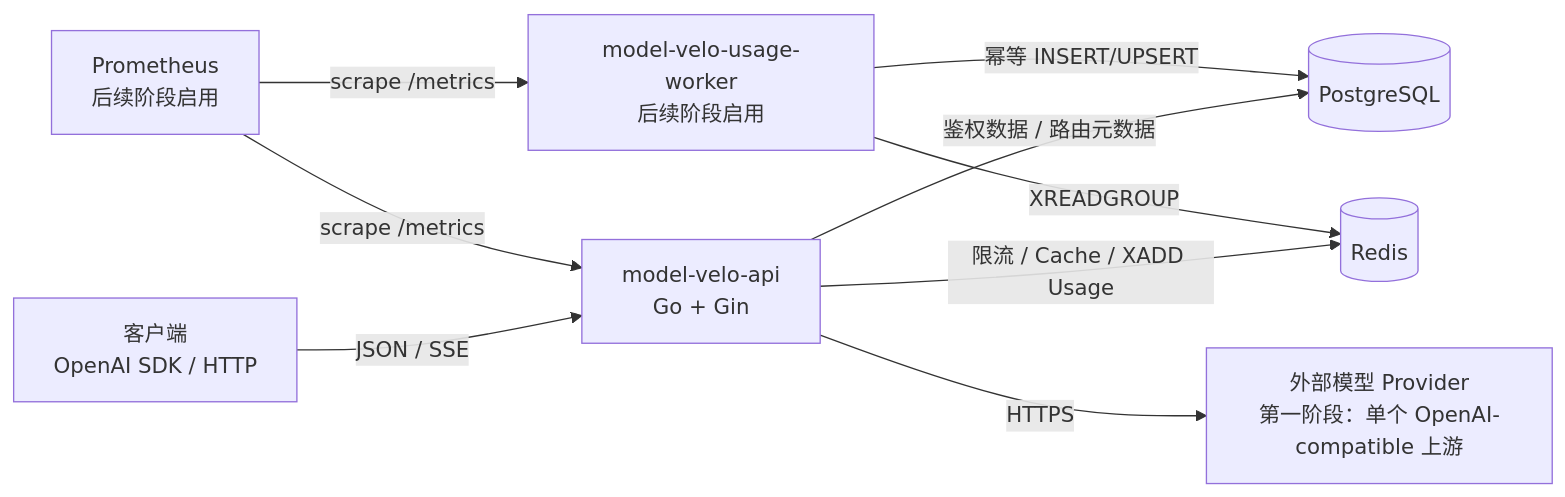
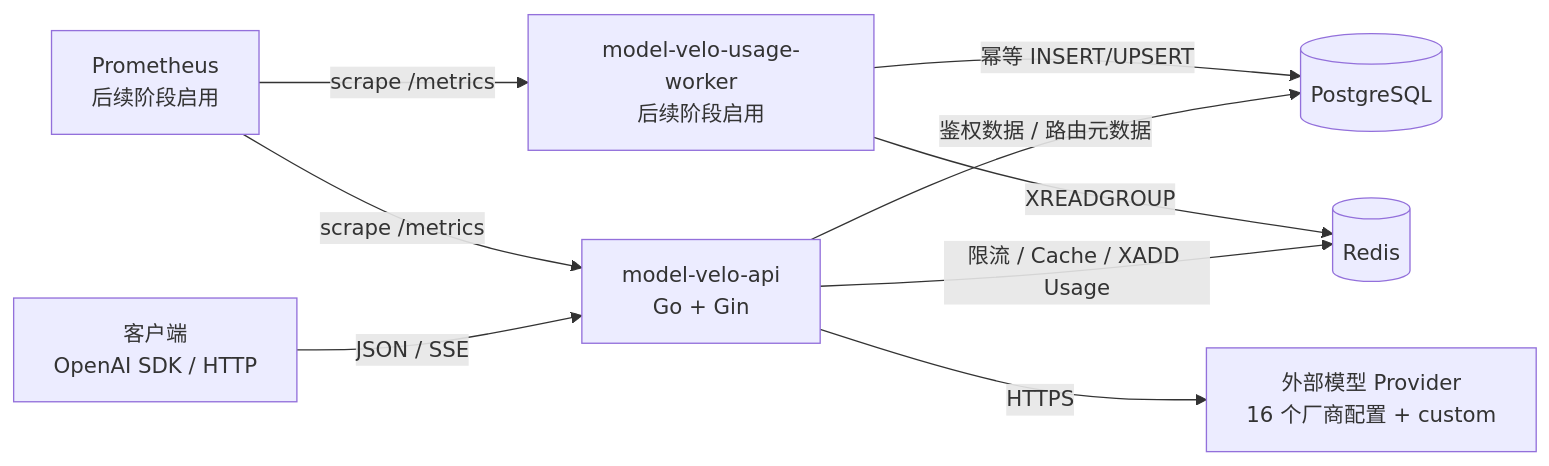
Before and after one commit to tonghzhang/Model-Velo: the first of 5 diagrams in ARCHITECTURE.md, drawn with Mermaid. The commit also changed other lines of this file and 53 other files, not shown here.

````diff
--- a/ARCHITECTURE.md
+++ b/ARCHITECTURE.md
@@ -64,14 +72,14 @@
 ```mermaid
 flowchart LR
     Client["客户端<br/>OpenAI SDK / HTTP"] -->|"JSON / SSE"| API["model-velo-api<br/>Go + Gin"]
 
     API -->|"鉴权数据 / 路由元数据"| PG[("PostgreSQL")]
     API -->|"限流 / Cache / XADD Usage"| Redis[("Redis")]
-    API -->|"HTTPS"| Providers["外部模型 Provider<br/>第一阶段：单个 OpenAI-compatible 上游"]
+    API -->|"HTTPS"| Providers["外部模型 Provider<br/>16 个厂商配置 + custom"]
 
     Worker["model-velo-usage-worker<br/>后续阶段启用"] -->|"XREADGROUP"| Redis
     Worker -->|"幂等 INSERT/UPSERT"| PG
 
     Prom["Prometheus<br/>后续阶段启用"] -->|"scrape /metrics"| API
     Prom -->|"scrape /metrics"| Worker
 ```
````
